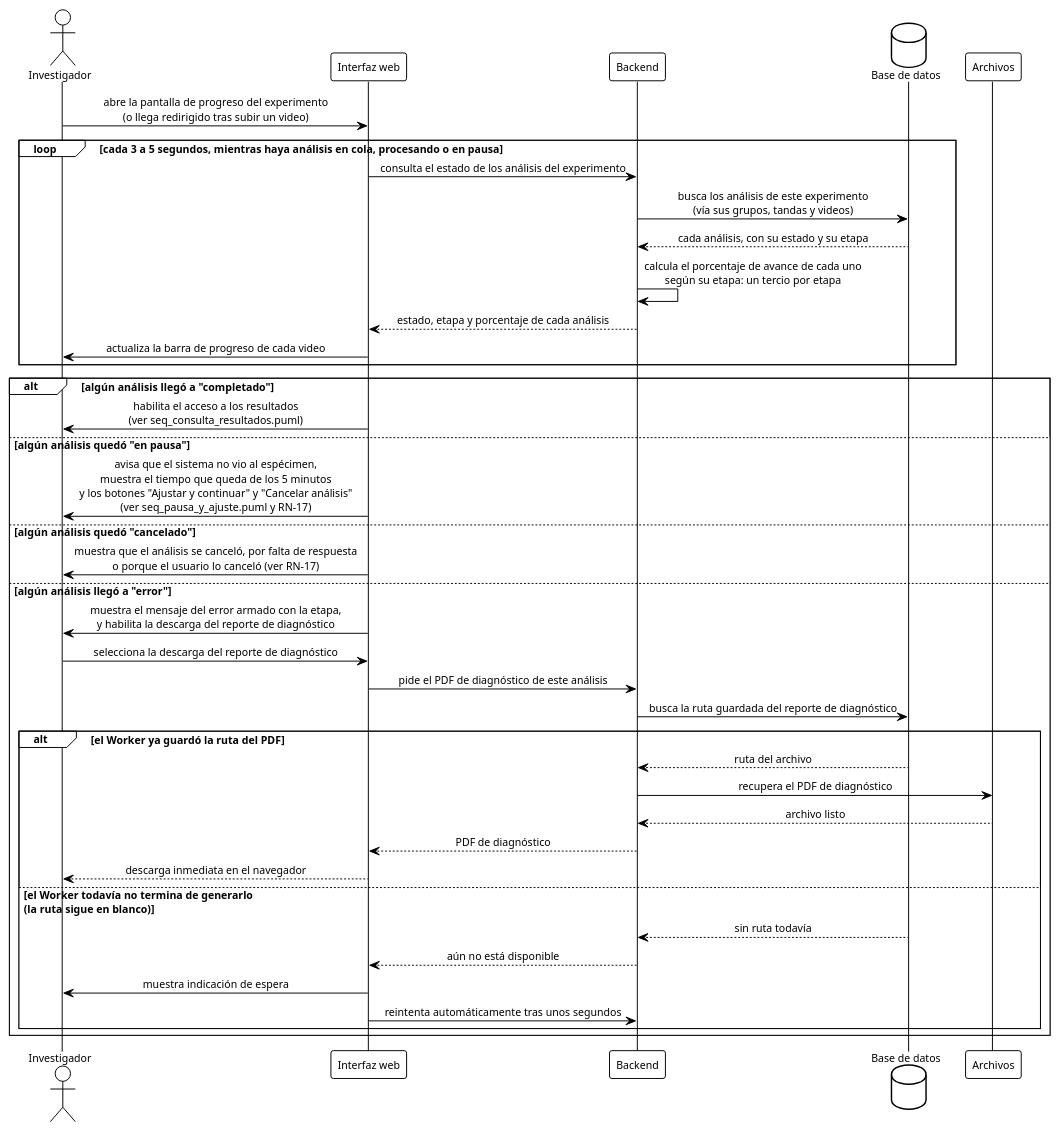
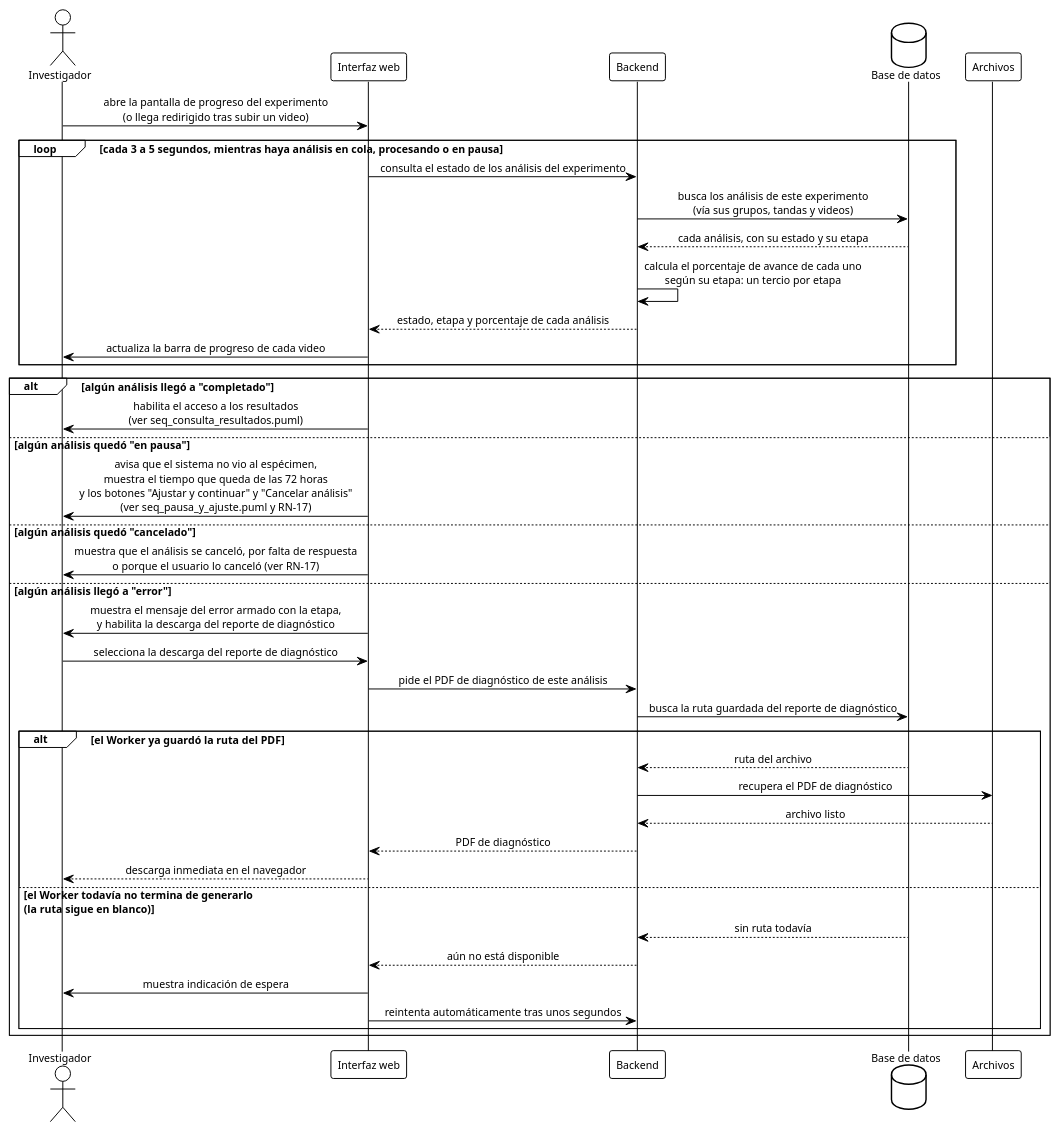
One commit to ErickJester/fst-ai-system-latex changed the diagram in diagramas/seq_consulta_progreso.puml. Above: the diagram before and after it, drawn with PlantUML. The commit also changed 34 other files, not shown here.

First line of the commit message:
Pausa de 72 horas sin guardar el motivo de cancelacion (D-112), boton No se ve en la revision (D-113), D-107 confirmada e imagenes regeneradas

```diff
--- a/diagramas/seq_consulta_progreso.puml
+++ b/diagramas/seq_consulta_progreso.puml
@@ -1,111 +1,111 @@
 @startuml seq_consulta_progreso
 ' ================================================================
 '  Secuencia - Consulta de progreso del análisis (polling) y
 '  descarga del reporte de diagnóstico si falla
 '  Base de datos FST | TT 2026-B066 | ESCOM-IPN
 '  Frausto Robles Angel Ali . Rodriguez Verdin Sandoval Vanesa
 ' ----------------------------------------------------------------
 '  Reemplaza a figures/mermaid/seq_progreso.png y a
 '  figures/mermaid/seq_error.png. Cubre CU-07 "Monitorear progreso
 '  del análisis", la parte que ve el investigador
 '  (chapters/05_diseno.tex:1425-1468, RF-15) -- la ejecución del
 '  pipeline por el Worker es un diagrama aparte
 '  (seq_analisis_automatico.puml) -- Y CU-08 "Descargar reporte de
 '  diagnóstico" (05_diseno.tex:1490-1534, RF-14, RF-16), fusionado
 '  aquí dentro de la rama de error en vez de vivir en su propio
 '  archivo.
 '
 '  Por qué CU-08 se fusiona en vez de tener su propio diagrama
 '  (decisión del usuario, 13-sep, tras revisar Kendall & Kendall):
 '  el libro (cap. 10, p. 295-296) dice que "cada escenario de caso
 '  de uso puede crear un diagrama de secuencia, aunque éstos no
 '  siempre se crean para escenarios de menor importancia". CU-08 está
 '  marcado "Tipo: Secundario" en el propio .tex (línea 1494) y todo
 '  su curso normal depende de una precondición que solo existe
 '  dentro de la rama de error de este mismo diagrama -- separarlo
 '  obligaba a una nota inicial que solo repetía "esto ya pasó en otro
 '  diagrama", señal de que no es un proceso independiente.
 '
 '  Por qué cambia respecto de los diagramas viejos, con fuente:
 '  - El "seq_progreso" viejo tenía un "Servidor" que devolvía "estado,
 '    etapa y porcentaje de avance" leyendo la base de datos. Pero
 '    D-09 (13-sep) ya resolvió que el progreso vive SOLO en memoria
 '    del Worker mientras corre -- ANALISIS no tiene columna de
 '    porcentaje, solo etapa. Un backend aparte del Worker no puede
 '    leer ese porcentaje de la base de datos porque no está ahí.
 '  - D-22 (13-sep) resuelve cómo se calcula entonces: el porcentaje
 '    se aproxima por etapa: un tercio por cada una de las 3 etapas de
 '    D-16, revisado el 5-oct (preprocesamiento=33%, cilindros=67%,
 '    clasificación=100%), calculado al vuelo a partir de
 '    ANALISIS.etapa -- no hace falta que el Worker comparta memoria
 '    con nadie más.
 '  - El experimento puede tener varios análisis corriendo a la vez
 '    (uno por video, vía sus tandas), igual que el diagrama viejo ya
 '    mostraba con su "lista de tareas" -- eso no cambia.
 '  - RF-15: el análisis sigue en segundo plano aunque el investigador
 '    cierre la pestaña, por eso el polling solo ocurre mientras la
 '    pantalla está abierta, no controla si el Worker sigue o no.
 '  - El "seq_error" viejo mezclaba tres cosas: que el Worker detecte
 '    el error (ya está en seq_analisis_automatico.puml, RN-11), que
 '    el investigador se entere (rama de error de abajo) y la descarga
 '    del PDF (agregada aquí). D-23 (13-sep) agrega la columna
 '    ANALISIS.rutaDiagnostico (nula salvo con estado = "error"),
 '    porque ni ANALISIS ni REPORTE tenían dónde guardar esa ruta --
 '    pendiente de aplicar en grafo_relacional_3_vigente.puml.
 '
 '  Generar:
 '      java -jar plantuml.jar -tpng diagramas/seq_consulta_progreso.puml
 ' ================================================================
 
 !theme plain
 skinparam defaultFontName Arial
 skinparam defaultFontSize 11
 skinparam shadowing false
 skinparam sequenceMessageAlign center
 skinparam BoxPadding 10
 
 actor Investigador as inv
 participant "Interfaz web" as ui
 participant Backend as api
 database "Base de datos" as db
 participant "Archivos" as fs
 
 inv -> ui: abre la pantalla de progreso del experimento\n(o llega redirigido tras subir un video)
 
 loop cada 3 a 5 segundos, mientras haya análisis en cola, procesando o en pausa
   ui -> api: consulta el estado de los análisis del experimento
   api -> db: busca los análisis de este experimento\n(vía sus grupos, tandas y videos)
   db --> api: cada análisis, con su estado y su etapa
   api -> api: calcula el porcentaje de avance de cada uno\nsegún su etapa: un tercio por etapa
   api --> ui: estado, etapa y porcentaje de cada análisis
   ui -> inv: actualiza la barra de progreso de cada video
 end
 
 alt algún análisis llegó a "completado"
   ui -> inv: habilita el acceso a los resultados\n(ver seq_consulta_resultados.puml)
 else algún análisis quedó "en pausa"
-  ui -> inv: avisa que el sistema no vio al espécimen,\nmuestra el tiempo que queda de los 5 minutos\ny los botones "Ajustar y continuar" y "Cancelar análisis"\n(ver seq_pausa_y_ajuste.puml y RN-17)
+  ui -> inv: avisa que el sistema no vio al espécimen,\nmuestra el tiempo que queda de las 72 horas\ny los botones "Ajustar y continuar" y "Cancelar análisis"\n(ver seq_pausa_y_ajuste.puml y RN-17)
 else algún análisis quedó "cancelado"
   ui -> inv: muestra que el análisis se canceló, por falta de respuesta\no porque el usuario lo canceló (ver RN-17)
 else algún análisis llegó a "error"
   ui -> inv: muestra el mensaje del error armado con la etapa,\ny habilita la descarga del reporte de diagnóstico
 
   inv -> ui: selecciona la descarga del reporte de diagnóstico
   ui -> api: pide el PDF de diagnóstico de este análisis
   api -> db: busca la ruta guardada del reporte de diagnóstico
 
   alt el Worker ya guardó la ruta del PDF
     db --> api: ruta del archivo
     api -> fs: recupera el PDF de diagnóstico
     fs --> api: archivo listo
     api --> ui: PDF de diagnóstico
     ui --> inv: descarga inmediata en el navegador
   else el Worker todavía no termina de generarlo\n(la ruta sigue en blanco)
     db --> api: sin ruta todavía
     api --> ui: aún no está disponible
     ui -> inv: muestra indicación de espera
     ui -> api: reintenta automáticamente tras unos segundos
   end
 end
 
 @enduml
```
